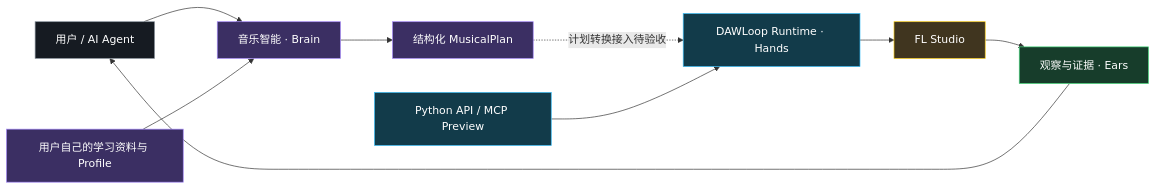
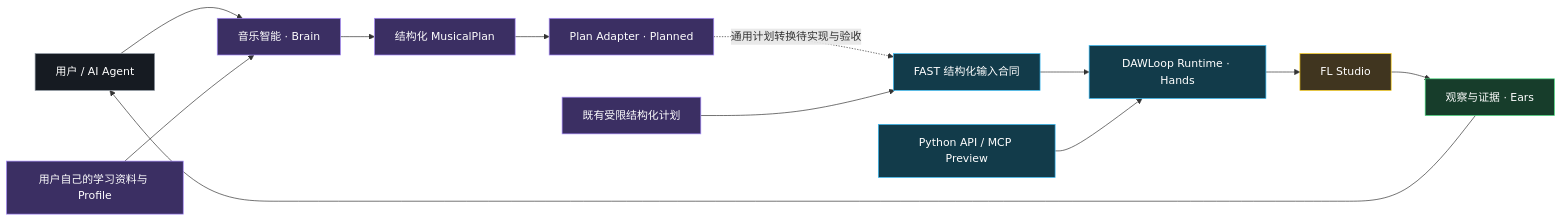
Before and after one commit to ryurikoneko/DAWLoop: the diagram in README.md, drawn with Mermaid. The commit also changed other lines of this file and 1 other file, not shown here.

Commit message:
docs: distinguish planned adapter from existing FAST input

````diff
--- a/README.md
+++ b/README.md
@@ -17,21 +17,24 @@
 ```mermaid
 flowchart LR
     A["用户 / AI Agent"] --> B["音乐智能 · Brain"]
     G["用户自己的学习资料与 Profile"] --> B
     B --> C["结构化 MusicalPlan"]
-    C -. "计划转换接入待验收" .-> D["DAWLoop Runtime · Hands"]
+    C --> P["Plan Adapter · Planned"]
+    P -. "通用计划转换待实现与验收" .-> I["FAST 结构化输入合同"]
+    S["既有受限结构化计划"] --> I
+    I --> D["DAWLoop Runtime · Hands"]
     H["Python API / MCP Preview"] --> D
     D --> E["FL Studio"]
     E --> F["观察与证据 · Ears"]
     F --> A
     classDef agent fill:#161b22,stroke:#8b949e,color:#fff;
     classDef music fill:#3b2f63,stroke:#a78bfa,color:#fff;
     classDef runtime fill:#123b4a,stroke:#38bdf8,color:#fff;
     classDef daw fill:#40351f,stroke:#facc15,color:#fff;
     classDef evidence fill:#173d2b,stroke:#4ade80,color:#fff;
     class A agent;
-    class B,C,G music;
-    class D,H runtime;
+    class B,C,G,P,S music;
+    class D,H,I runtime;
     class E daw;
     class F evidence;
 ```
````
